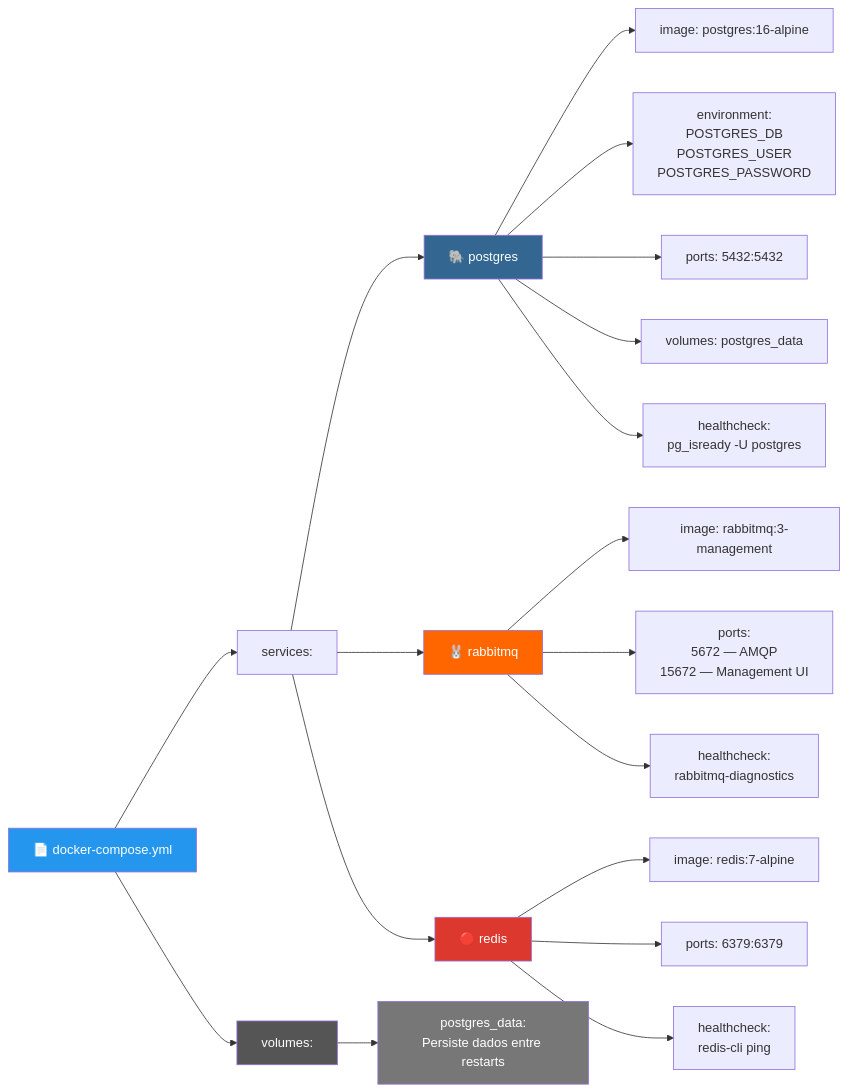
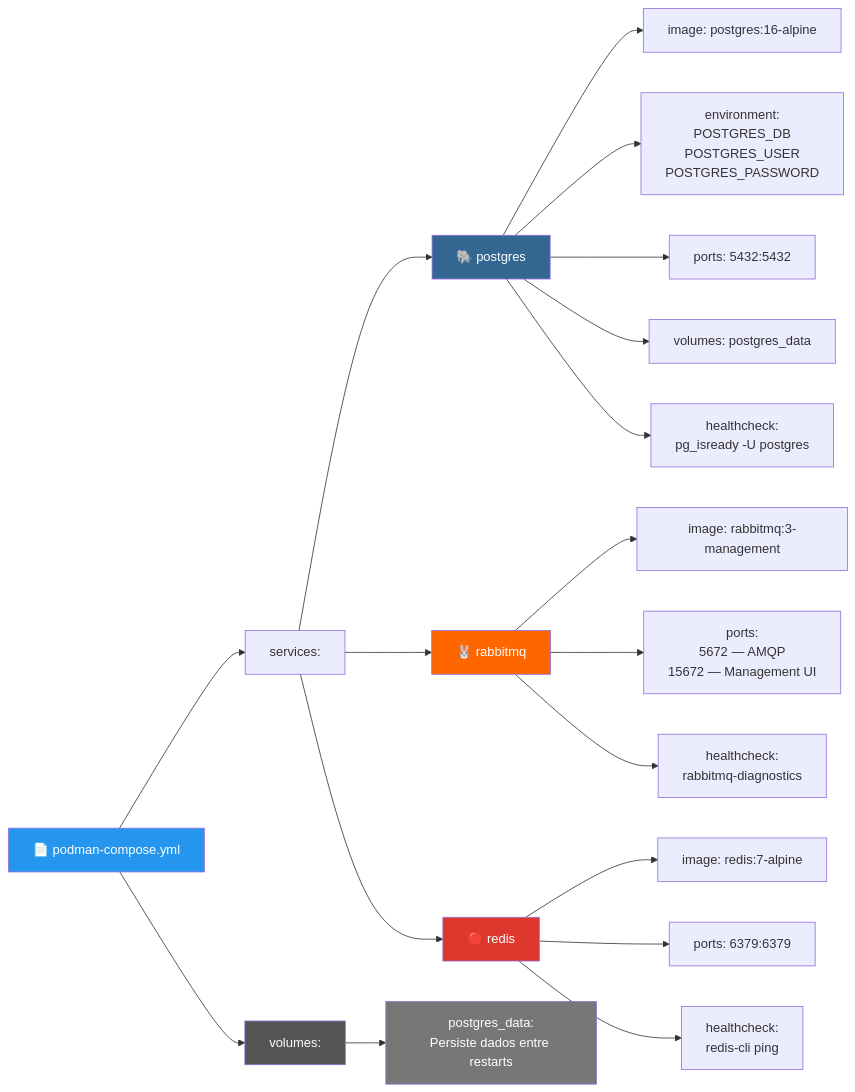
Before and after one commit to deusemarjunior/trein-java-intermed: the third of 7 diagrams in dia-06/slide-02.md, drawn with Mermaid. The commit also changed other lines of this file and 100 other files, not shown here.

Commit message:
removendo docker adicionando podman

````diff
--- a/dia-06/slide-02.md
+++ b/dia-06/slide-02.md
@@ -128,34 +128,34 @@
 ```mermaid
 graph LR
-    DC["📄 docker-compose.yml"]
+    DC["📄 podman-compose.yml"]
 
     DC --> SVC["services:"]
     DC --> VOLS["volumes:"]
 
     SVC --> PG["🐘 postgres"]
     SVC --> RMQ["🐰 rabbitmq"]
     SVC --> RED["🔴 redis"]
 
     PG --> IMG1["image: postgres:16-alpine"]
     PG --> ENV1["environment:<br/>POSTGRES_DB<br/>POSTGRES_USER<br/>POSTGRES_PASSWORD"]
     PG --> PORT1["ports: 5432:5432"]
     PG --> VOL1["volumes: postgres_data"]
     PG --> HC1["healthcheck:<br/>pg_isready -U postgres"]
 
     RMQ --> IMG2["image: rabbitmq:3-management"]
     RMQ --> PORT2["ports:<br/>5672 — AMQP<br/>15672 — Management UI"]
     RMQ --> HC2["healthcheck:<br/>rabbitmq-diagnostics"]
 
     RED --> IMG3["image: redis:7-alpine"]
     RED --> PORT3["ports: 6379:6379"]
     RED --> HC3["healthcheck:<br/>redis-cli ping"]
 
     VOLS --> VPG["postgres_data:<br/>Persiste dados entre restarts"]
 
     style DC fill:#2496ed,color:#fff
     style PG fill:#336791,color:#fff
     style RMQ fill:#ff6600,color:#fff
     style RED fill:#dc382d,color:#fff
     style VOLS fill:#555,color:#fff
     style VPG fill:#777,color:#fff
 ```
````
